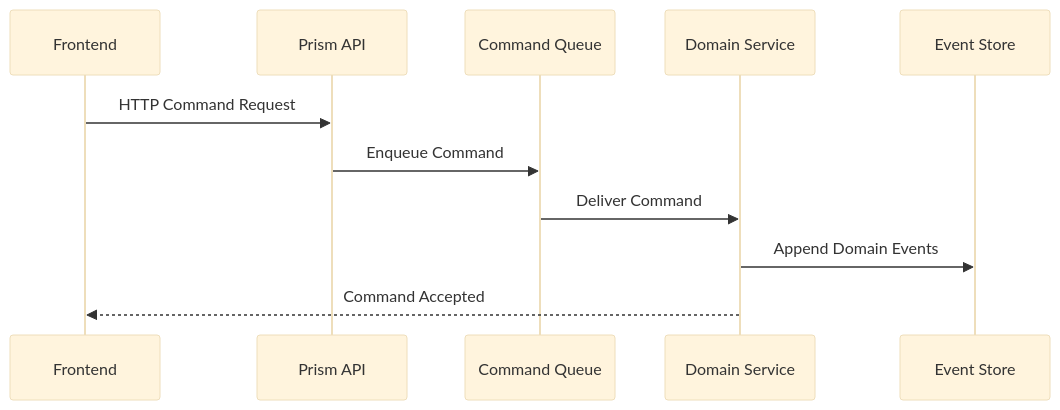
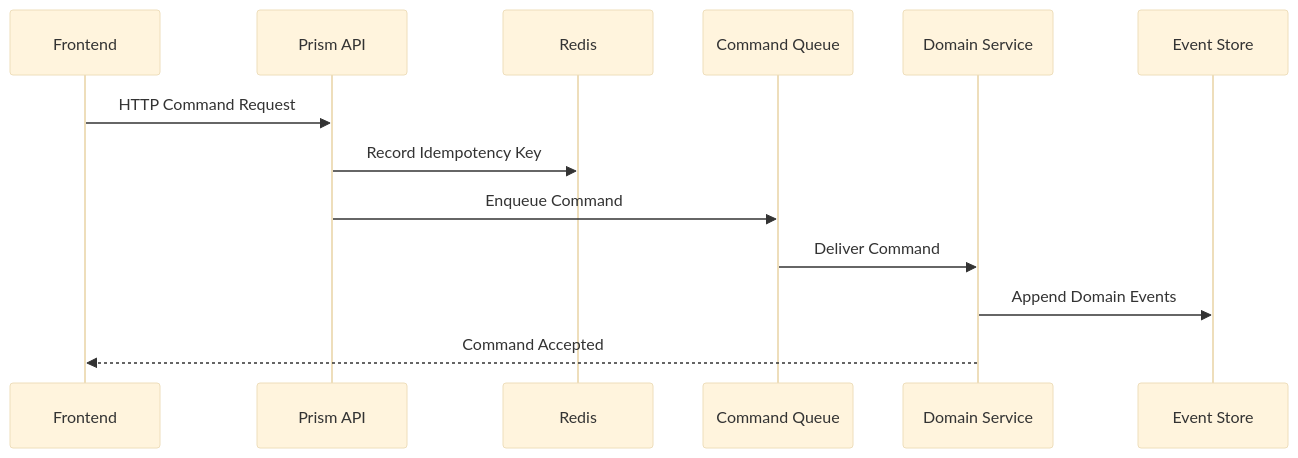
The first of 2 diagrams in docs/event_flow.md (MisterVVP/prism-plan), drawn with Mermaid (base theme) before and after one commit. The commit also changed 9 other files, not shown here.

````diff
--- a/docs/event_flow.md
+++ b/docs/event_flow.md
@@ -7,14 +7,16 @@
 ```mermaid
 sequenceDiagram
     participant UI as Frontend
     participant API as Prism API
+    participant RS as Redis
     participant CQ as Command Queue
     participant DS as Domain Service
     participant ES as Event Store
 
     UI->>API: HTTP Command Request
+    API->>RS: Record Idempotency Key
     API->>CQ: Enqueue Command
     CQ->>DS: Deliver Command
     DS->>ES: Append Domain Events
     DS-->>UI: Command Accepted
 ```
````
